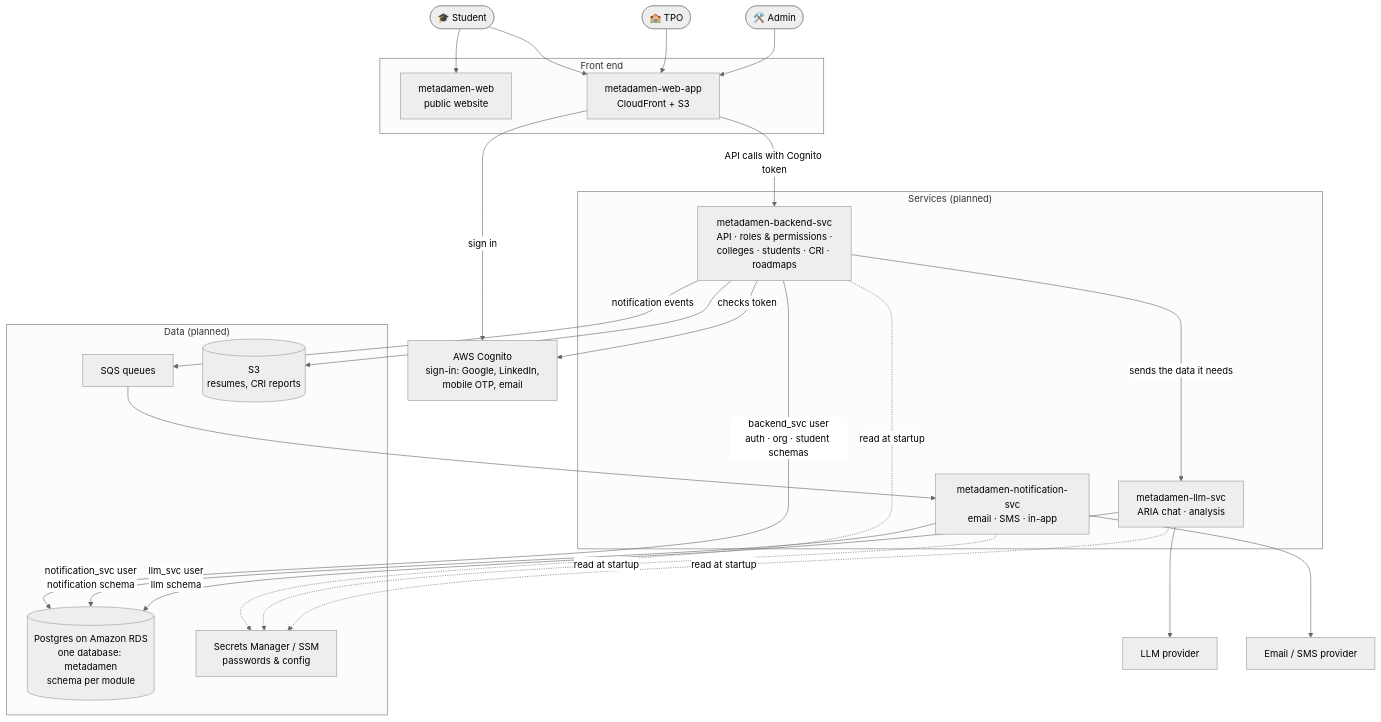
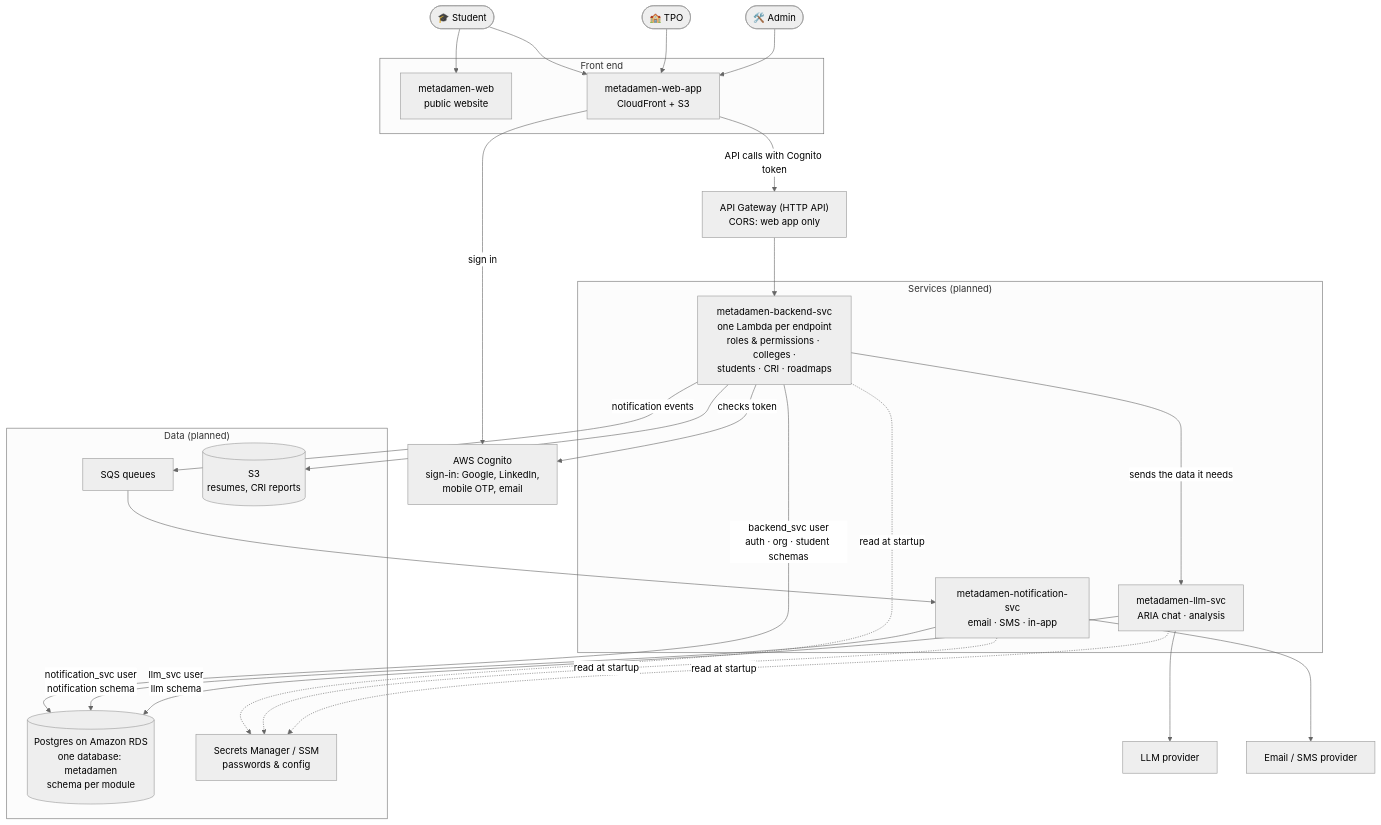
One commit to metadamen-ai-career-os/metadamen-engineering-docs changed the third of 4 diagrams in architecture/overview.md. Above: the diagram before and after it, drawn with Mermaid (neutral theme). The commit also changed other lines of this file and 5 other files, not shown here.

````diff
--- a/architecture/overview.md
+++ b/architecture/overview.md
@@ -102,49 +109,52 @@
 ```mermaid
 flowchart TB
     student(["🎓 Student"])
     tpo(["🏫 TPO"])
     admin(["🛠️ Admin"])
 
     subgraph edge["Front end"]
         site["metadamen-web<br/>public website"]
         app["metadamen-web-app<br/>CloudFront + S3"]
     end
 
     cognito["AWS Cognito<br/>sign-in: Google, LinkedIn,<br/>mobile OTP, email"]
 
+    apigw["API Gateway (HTTP API)<br/>CORS: web app only"]
+
     subgraph services["Services (planned)"]
-        backend["metadamen-backend-svc<br/>API · roles &amp; permissions ·<br/>colleges · students · CRI · roadmaps"]
+        backend["metadamen-backend-svc<br/>one Lambda per endpoint<br/>roles &amp; permissions · colleges ·<br/>students · CRI · roadmaps"]
         notif["metadamen-notification-svc<br/>email · SMS · in-app"]
         llm["metadamen-llm-svc<br/>ARIA chat · analysis"]
     end
 
     subgraph data["Data (planned)"]
         rds[("Postgres on Amazon RDS<br/>one database: metadamen<br/>schema per module")]
         sqs["SQS queues"]
         s3files[("S3<br/>resumes, CRI reports")]
         secrets["Secrets Manager / SSM<br/>passwords &amp; config"]
     end
 
     llmapi["LLM provider"]
     channels["Email / SMS provider"]
 
     student & tpo & admin --> app
     student --> site
     app -- "sign in" --> cognito
-    app -- "API calls with Cognito token" --> backend
+    app -- "API calls with Cognito token" --> apigw
+    apigw --> backend
     backend -- "checks token" --> cognito
 
     backend -- "backend_svc user<br/>auth · org · student schemas" --> rds
     notif -- "notification_svc user<br/>notification schema" --> rds
     llm -- "llm_svc user<br/>llm schema" --> rds
 
     backend -- "notification events" --> sqs
     sqs --> notif
     notif --> channels
 
     backend -- "sends the data it needs" --> llm
     llm --> llmapi
 
     backend --> s3files
     backend & notif & llm -. "read at startup" .-> secrets
 ```
````
